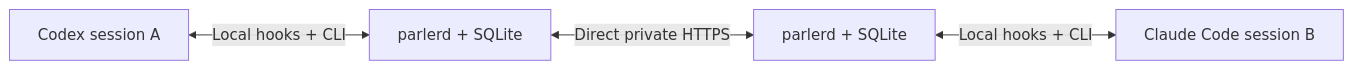
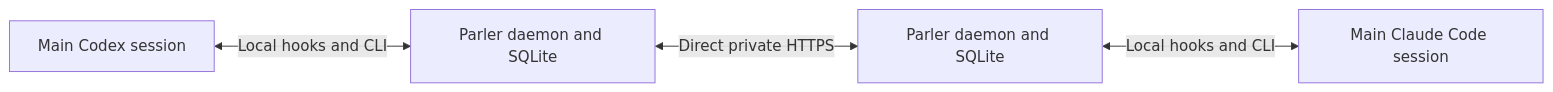
One commit to kerbinagent/parler changed the diagram in README.md. Above: the diagram before and after it, drawn with Mermaid. The commit also changed other lines of this file and 3 other files, not shown here.

````diff
--- a/README.md
+++ b/README.md
@@ -7,6 +5,6 @@
 ```mermaid
 flowchart LR
-    A[Codex session A] <-->|Local hooks + CLI| DA[parlerd + SQLite]
-    DA <-->|Direct private HTTPS| DB[parlerd + SQLite]
-    DB <-->|Local hooks + CLI| B[Claude Code session B]
+    A[Main Codex session] <-->|Local hooks and CLI| DA[Parler daemon and SQLite]
+    DA <-->|Direct private HTTPS| DB[Parler daemon and SQLite]
+    DB <-->|Local hooks and CLI| B[Main Claude Code session]
 ```
````
